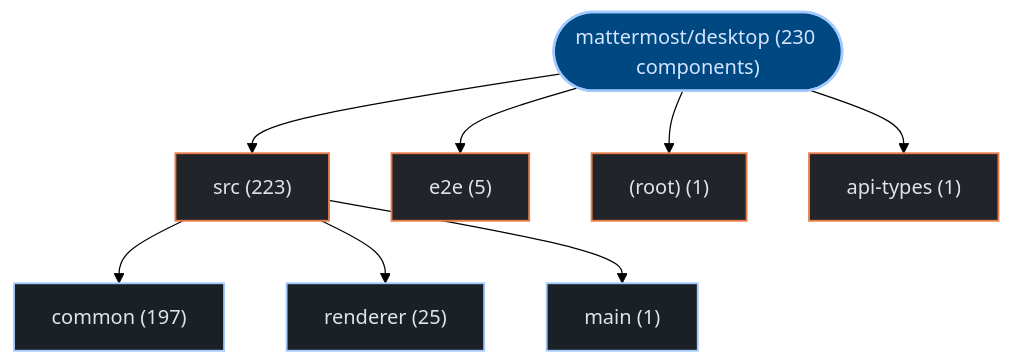
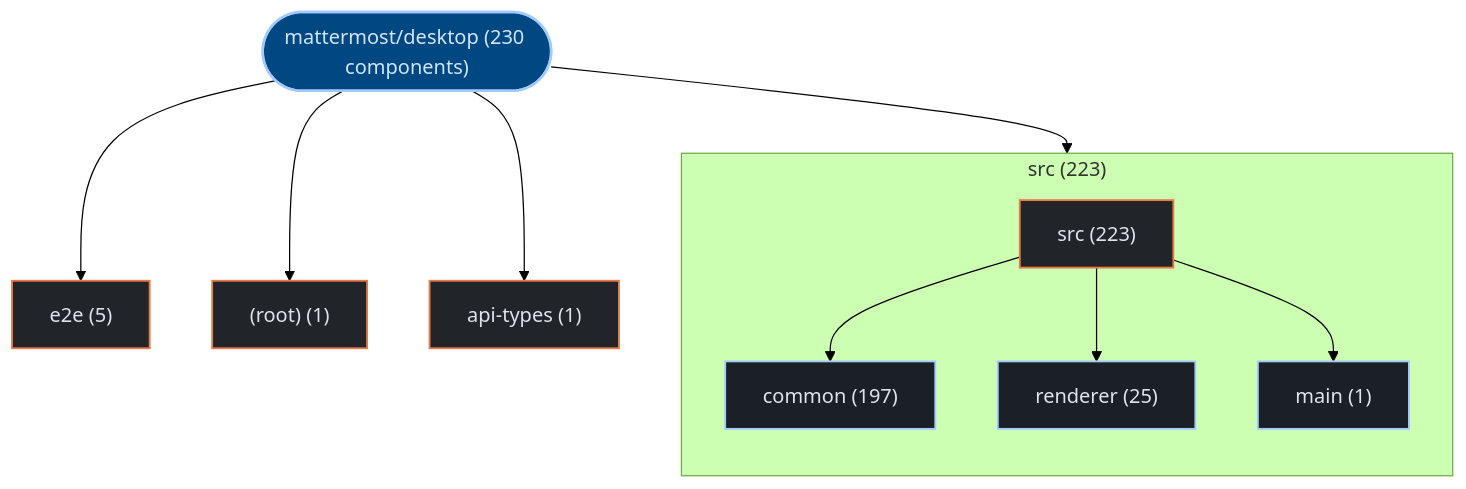
Before and after one commit to kumarshaz/atruss-code-atlas: the first of 3 diagrams in exports/latest/reports/mattermost-desktop-report.md, drawn with Mermaid (forest theme). The commit also changed 178 other files, not shown here.

Commit message:
feat(ui,mermaid): upgrade to mermaid v12 + ELK layout, add orgs-summary + pagination, subgraph building blocks, fix tab alignment

````diff
--- a/exports/latest/reports/mattermost-desktop-report.md
+++ b/exports/latest/reports/mattermost-desktop-report.md
@@ -42,25 +42,28 @@
 ```mermaid
 graph TD;
   classDef atlasRoot fill:#004882,stroke:#a3c9ff,stroke-width:2px,color:#d3e4ff
   classDef atlasCategory fill:#212428,stroke:#E87A48,stroke-width:1.5px,color:#dfe3eb
   classDef atlasWorkflow fill:#1b2026,stroke:#a3c9ff,stroke-width:1.5px,color:#dfe3eb
   classDef atlasJob fill:#171c22,stroke:#8d9199,stroke-width:1px,color:#dfe3eb
   classDef atlasTarget fill:#005227,stroke:#8bd99b,stroke-width:1.5px,color:#a7f6b6
   classDef atlasAlert fill:#93000a,stroke:#ffb4ab,stroke-width:1.5px,color:#ffdad6
   classDef atlasMore fill:#252a31,stroke:#8d9199,stroke-dasharray:4 4,color:#c3c6cf
     repo_root(["mattermost/desktop (230 components)"]):::atlasRoot
-    dir_0_src["src (223)"]:::atlasCategory
+    subgraph sg_dir_0_src["src (223)"]
+      direction TB
+      dir_0_src["src (223)"]:::atlasCategory
+      sub_0_0_common["common (197)"]:::atlasWorkflow
+      dir_0_src --> sub_0_0_common
+      sub_0_1_renderer["renderer (25)"]:::atlasWorkflow
+      dir_0_src --> sub_0_1_renderer
+      sub_0_2_main["main (1)"]:::atlasWorkflow
+      dir_0_src --> sub_0_2_main
+    end
     repo_root --> dir_0_src
-    sub_0_0_common["common (197)"]:::atlasWorkflow
-    dir_0_src --> sub_0_0_common
-    sub_0_1_renderer["renderer (25)"]:::atlasWorkflow
-    dir_0_src --> sub_0_1_renderer
-    sub_0_2_main["main (1)"]:::atlasWorkflow
-    dir_0_src --> sub_0_2_main
     dir_1_e2e["e2e (5)"]:::atlasCategory
     repo_root --> dir_1_e2e
     dir_2__root_["(root) (1)"]:::atlasCategory
     repo_root --> dir_2__root_
     dir_3_api_types["api-types (1)"]:::atlasCategory
     repo_root --> dir_3_api_types
 ```
````
